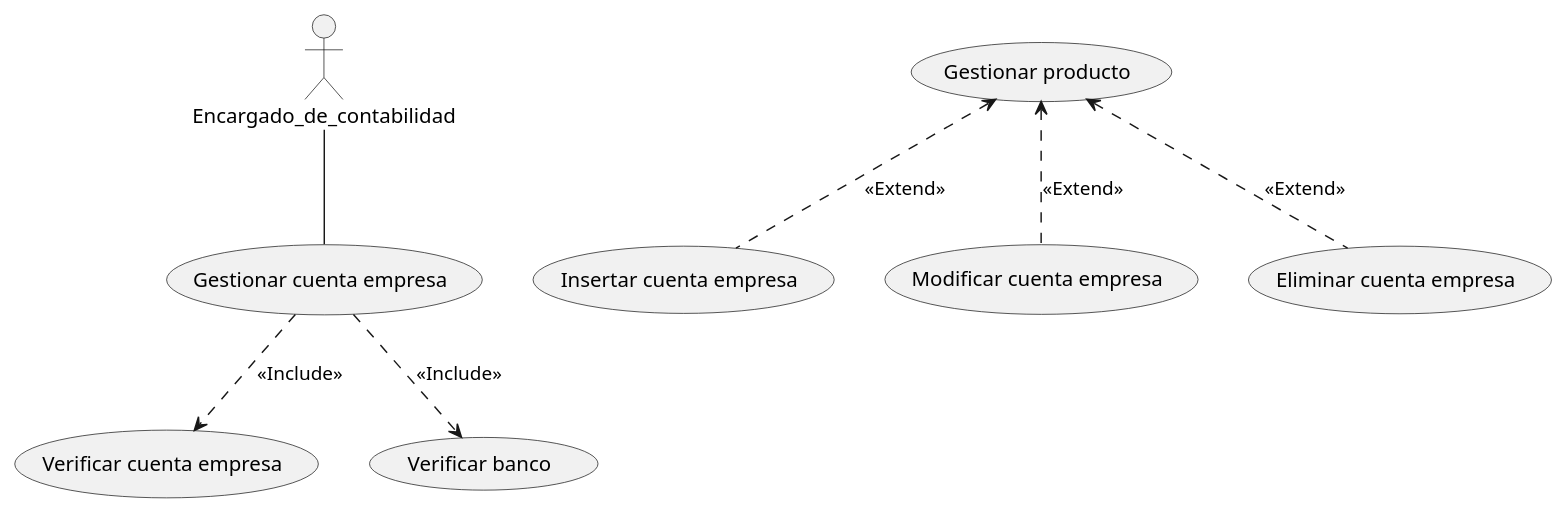
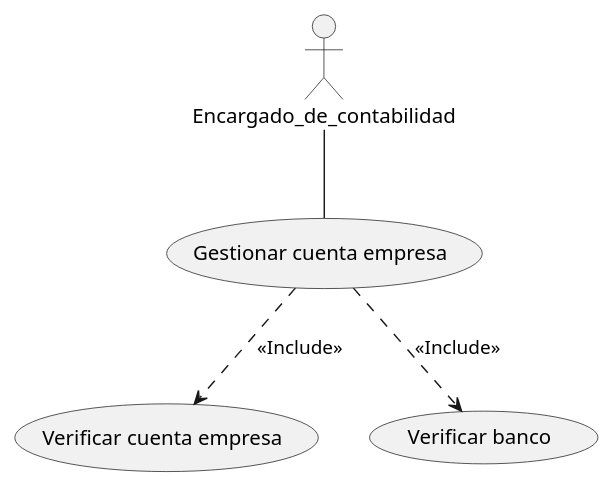
One commit to ricardoasinr/Sistemas-de-la-informacion changed the diagram in Caso Balanceo/Diagrama de casos de uso/5. Verificar cuenta empresa.plantuml. Above: the diagram before and after it, drawn with PlantUML. The commit also changed 19 other files, not shown here.

Commit message:
Diagrama de secuencia

```diff
--- a/Caso Balanceo/Diagrama de casos de uso/5. Verificar cuenta empresa.plantuml
+++ b/Caso Balanceo/Diagrama de casos de uso/5. Verificar cuenta empresa.plantuml
@@ -1,14 +1,12 @@
 @startuml 5. Verificar cuenta empresa
 actor Encargado_de_contabilidad
 
 
 Encargado_de_contabilidad -- (Gestionar cuenta empresa)
 
 (Gestionar cuenta empresa) -.> (Verificar cuenta empresa): <<Include>>
 (Gestionar cuenta empresa) -.> (Verificar banco): <<Include>>
 
-(Gestionar producto)<.- (Insertar cuenta empresa): <<Extend>>
-(Gestionar producto)<.- (Modificar cuenta empresa): <<Extend>>
-(Gestionar producto)<.- (Eliminar cuenta empresa): <<Extend>>
+
 
 @enduml
```
